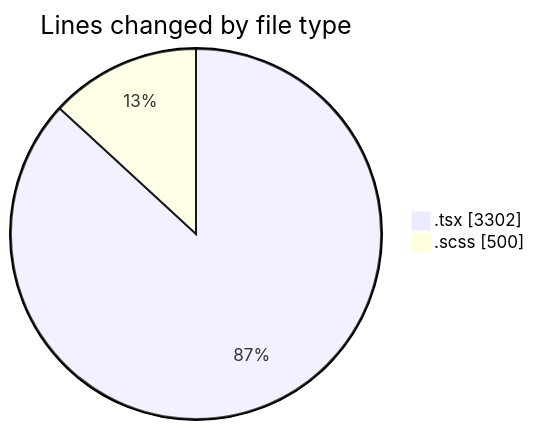
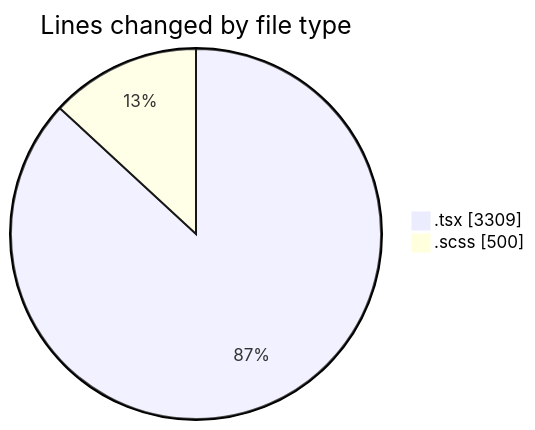
One commit to momahboobian/code-tracking changed the first of 2 diagrams in 2025-04-10/cda/README.md. Above: the diagram before and after it, drawn with Mermaid. The commit also changed other lines of this file and 1 other file, not shown here.

````diff
--- a/2025-04-10/cda/README.md
+++ b/2025-04-10/cda/README.md
@@ -26,6 +26,6 @@
 ```mermaid
 pie showData
 title Lines changed by file type
-".tsx" : 3302
+".tsx" : 3309
 ".scss" : 500
 ```
````
